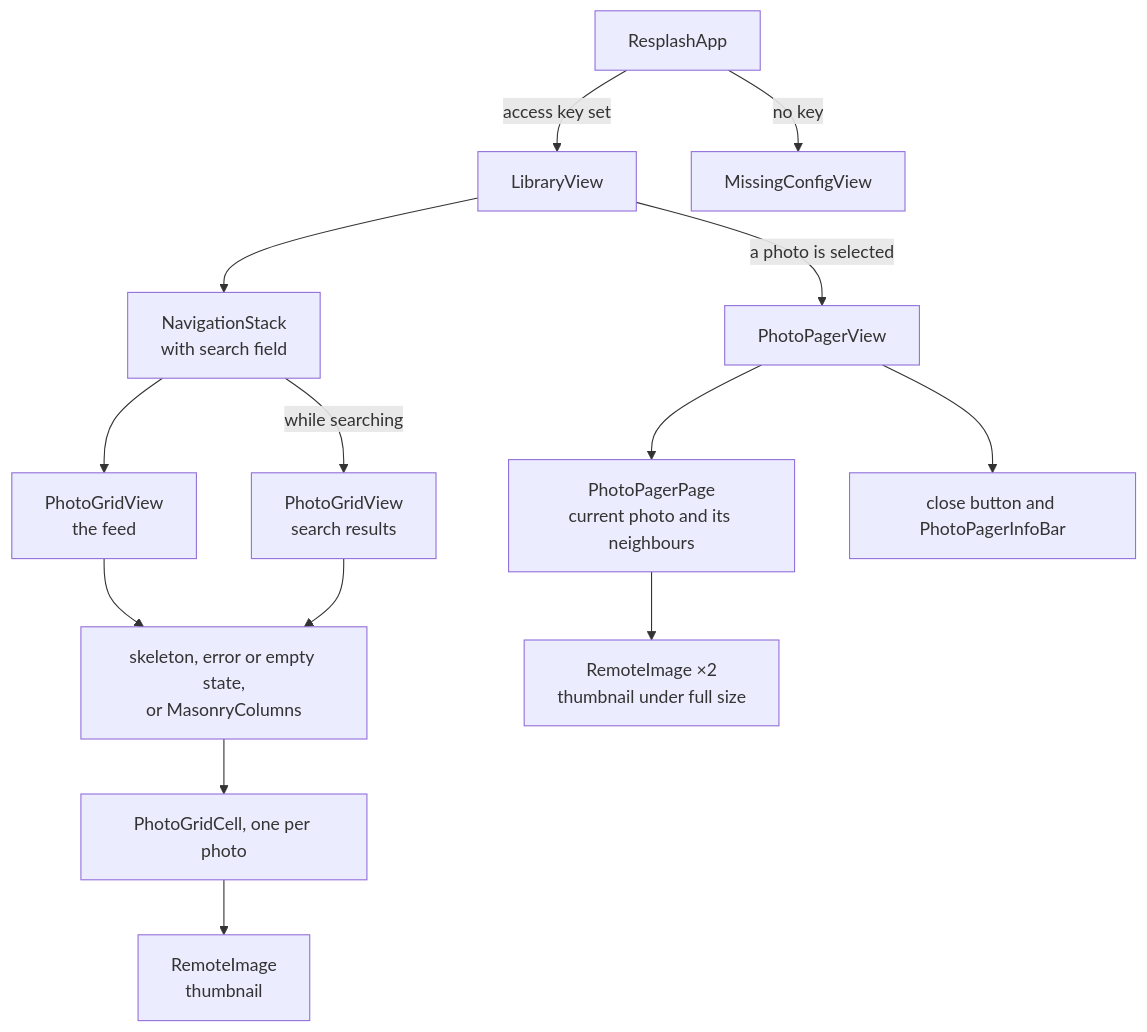
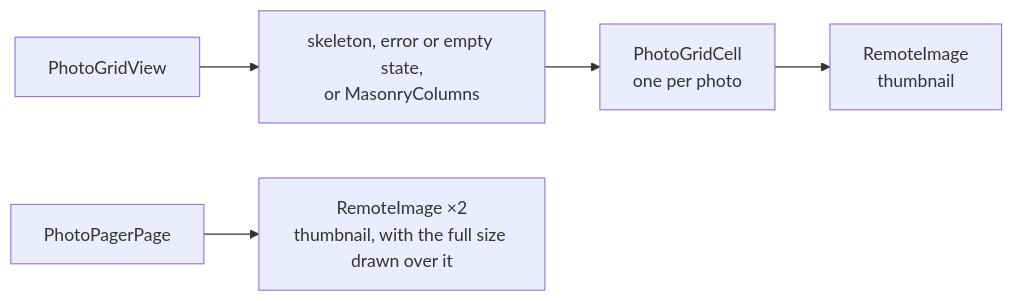
Before and after one commit to gdhardcastle/resplash: the third of 4 diagrams in README.md, drawn with Mermaid. The commit also changed other lines of this file, not shown here.

First line of the commit message:
Draw the view hierarchy as layers

````diff
--- a/README.md
+++ b/README.md
@@ -51,20 +86,8 @@
 ```mermaid
-flowchart TD
-    App["ResplashApp"] -->|"access key set"| Library["LibraryView"]
-    App -->|"no key"| Missing["MissingConfigView"]
+flowchart LR
+    Grid["PhotoGridView"] --> Layout["skeleton, error or empty state,<br/>or MasonryColumns"]
+    Layout --> Cell["PhotoGridCell<br/>one per photo"]
+    Cell --> Thumb["RemoteImage<br/>thumbnail"]
 
-    Library --> Nav["NavigationStack<br/>with search field"]
-    Library -->|"a photo is selected"| Pager["PhotoPagerView"]
-
-    Nav --> FeedGrid["PhotoGridView<br/>the feed"]
-    Nav -->|"while searching"| SearchGrid["PhotoGridView<br/>search results"]
-
-    FeedGrid --> Layout["skeleton, error or empty state,<br/>or MasonryColumns"]
-    SearchGrid --> Layout
-    Layout --> Cell["PhotoGridCell, one per photo"]
-    Cell --> ThumbImage["RemoteImage<br/>thumbnail"]
-
-    Pager --> Page["PhotoPagerPage<br/>current photo and its neighbours"]
-    Pager --> Chrome["close button and PhotoPagerInfoBar"]
-    Page --> FullImage["RemoteImage ×2<br/>thumbnail under full size"]
+    Page["PhotoPagerPage"] --> Both["RemoteImage ×2<br/>thumbnail, with the full size drawn over it"]
 ```
````
